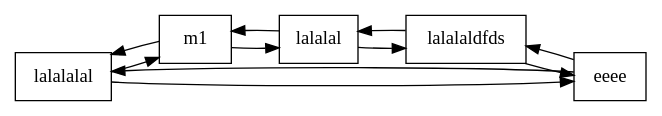
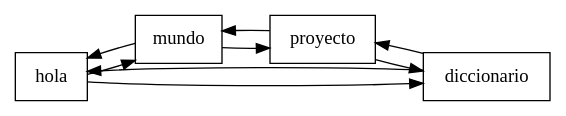
Before and after one commit to elJuanjoRamos/EDD_1S2020_PY1_201801262: the diagram in EDD_Proyecto1/EDD_Proyecto1/Dictionary_ListaDobleCircular.dot, drawn with Graphviz. The commit also changed 25 other files, not shown here.

```diff
--- a/EDD_Proyecto1/EDD_Proyecto1/Dictionary_ListaDobleCircular.dot
+++ b/EDD_Proyecto1/EDD_Proyecto1/Dictionary_ListaDobleCircular.dot
@@ -1,17 +1,14 @@
 digraph G {rankdir=LR
 node[shape = box];
-Nodo0 [label = "lalalalal"];
-Nodo1 [label = "m1"];
-Nodo2 [label = "lalalal"];
-Nodo3 [label = "lalalaldfds"];
-Nodo4 [label = "eeee"];
+Nodo0 [label = "hola"];
+Nodo1 [label = "mundo"];
+Nodo2 [label = "proyecto"];
+Nodo3 [label = "diccionario"];
 Nodo0->Nodo1;
 Nodo1->Nodo0;
 Nodo1->Nodo2;
 Nodo2->Nodo1;
 Nodo2->Nodo3;
 Nodo3->Nodo2;
-Nodo3->Nodo4;
-Nodo4->Nodo3;
-Nodo0->Nodo4
-Nodo4->Nodo0}
+Nodo0->Nodo3
+Nodo3->Nodo0}
```
